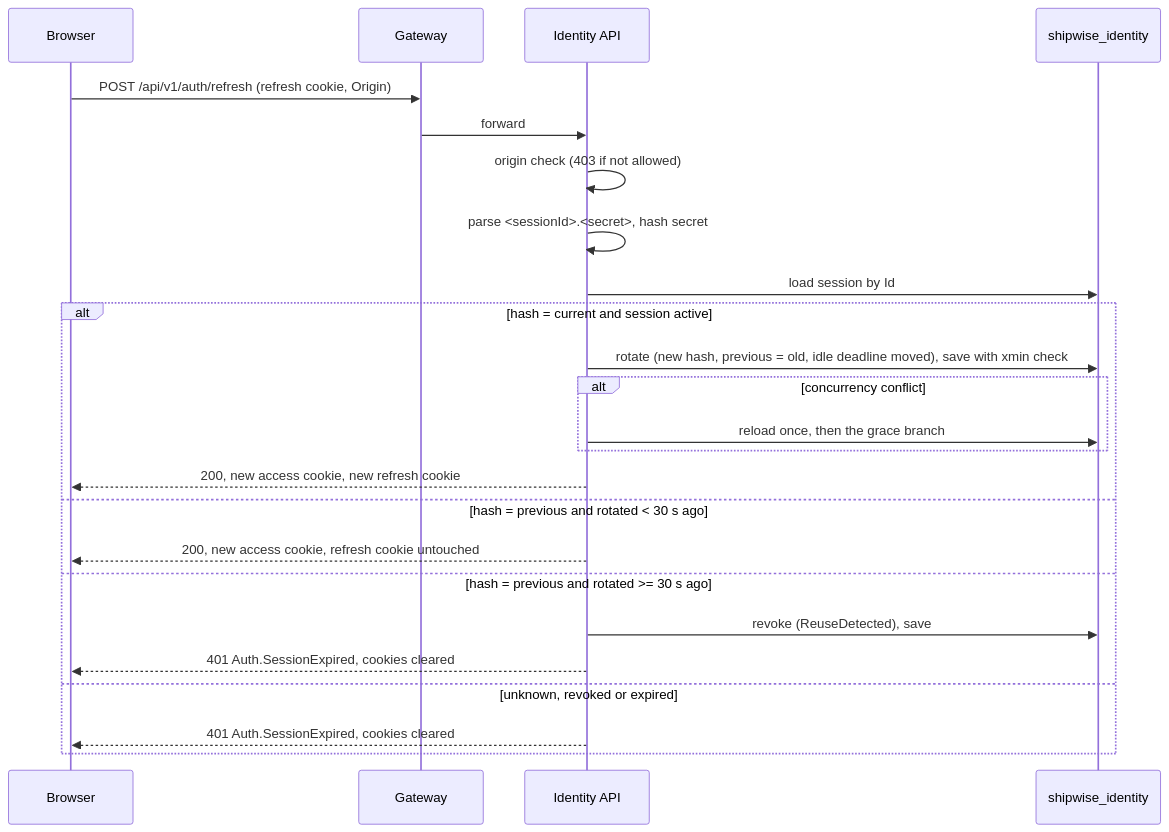
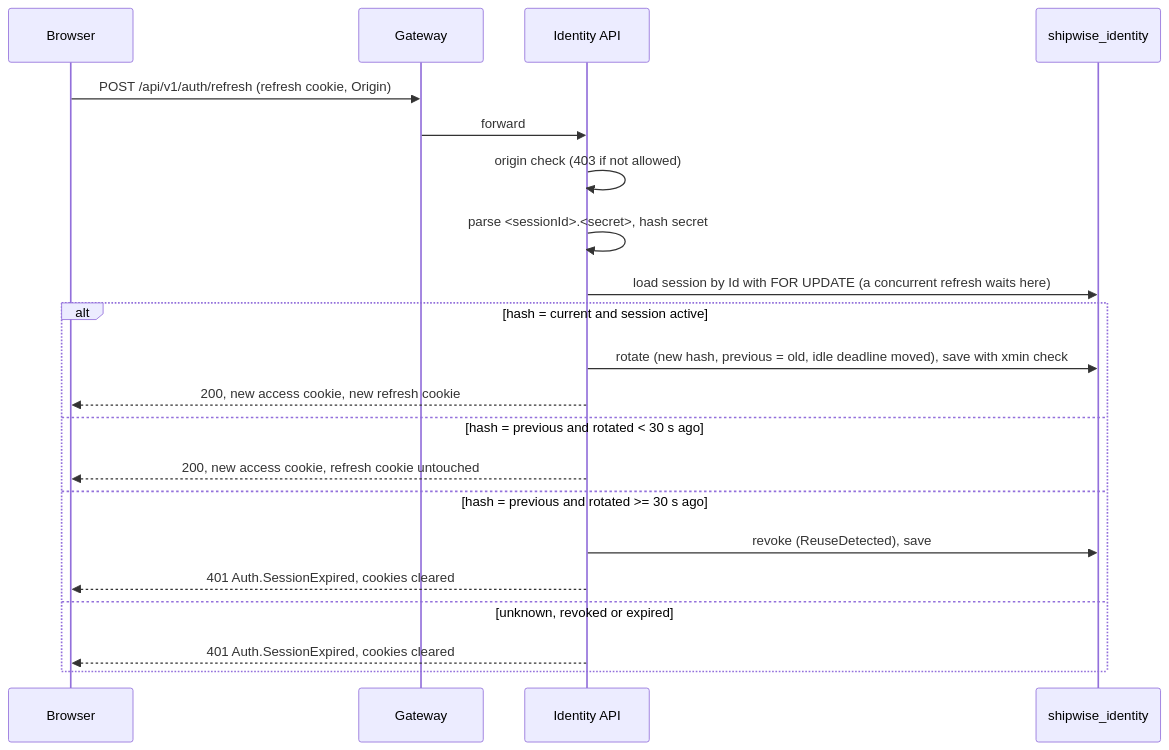
One commit to SonHuy160293/Shipwise changed the first of 2 diagrams in docs/specs/0003-sign-in-and-sessions.md. Above: the diagram before and after it, drawn with Mermaid. The commit also changed 5 other files, not shown here.

````diff
--- a/docs/specs/0003-sign-in-and-sessions.md
+++ b/docs/specs/0003-sign-in-and-sessions.md
@@ -362,26 +362,23 @@
 ```mermaid
 sequenceDiagram
   participant B as Browser
   participant G as Gateway
   participant I as Identity API
   participant D as shipwise_identity
   B->>G: POST /api/v1/auth/refresh (refresh cookie, Origin)
   G->>I: forward
   I->>I: origin check (403 if not allowed)
   I->>I: parse <sessionId>.<secret>, hash secret
-  I->>D: load session by Id
+  I->>D: load session by Id with FOR UPDATE (a concurrent refresh waits here)
   alt hash = current and session active
     I->>D: rotate (new hash, previous = old, idle deadline moved), save with xmin check
-    alt concurrency conflict
-      I->>D: reload once, then the grace branch
-    end
     I-->>B: 200, new access cookie, new refresh cookie
   else hash = previous and rotated < 30 s ago
     I-->>B: 200, new access cookie, refresh cookie untouched
   else hash = previous and rotated >= 30 s ago
     I->>D: revoke (ReuseDetected), save
     I-->>B: 401 Auth.SessionExpired, cookies cleared
   else unknown, revoked or expired
     I-->>B: 401 Auth.SessionExpired, cookies cleared
   end
 ```
````
